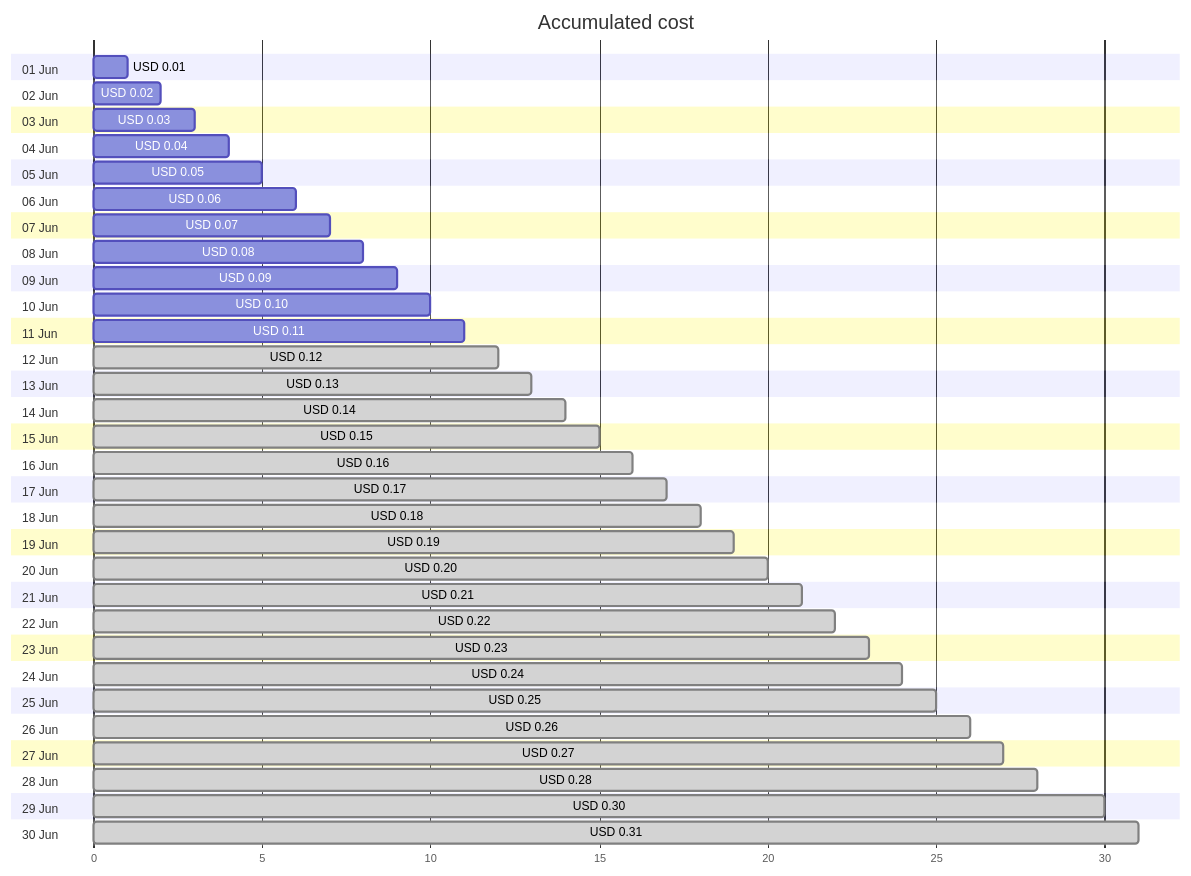
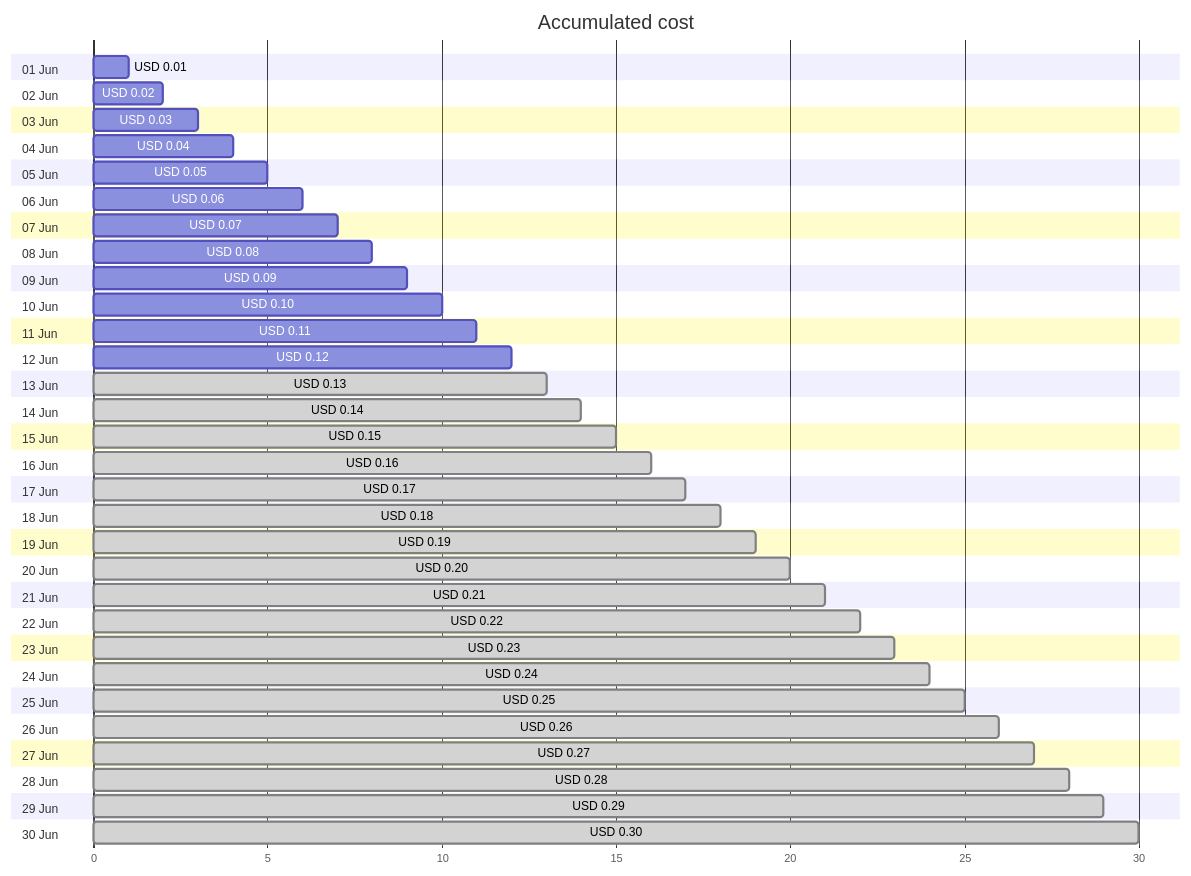
Before and after one commit to jpfulton/azure-personal-reports: the first of 4 diagrams in cost-reports/cloud-shell-storage-eastus/README.md, drawn with Mermaid. The commit also changed other lines of this file and 1 other file, not shown here.

````diff
--- a/cost-reports/cloud-shell-storage-eastus/README.md
+++ b/cost-reports/cloud-shell-storage-eastus/README.md
@@ -20,66 +20,66 @@
 ```mermaid
 gantt
    title Accumulated cost
    dateFormat  X
    axisFormat %s
    section 01 Jun
    USD 0.01 :0, 1
    section 02 Jun
    USD 0.02 :0, 2
    section 03 Jun
    USD 0.03 :0, 3
    section 04 Jun
    USD 0.04 :0, 4
    section 05 Jun
    USD 0.05 :0, 5
    section 06 Jun
    USD 0.06 :0, 6
    section 07 Jun
    USD 0.07 :0, 7
    section 08 Jun
    USD 0.08 :0, 8
    section 09 Jun
    USD 0.09 :0, 9
    section 10 Jun
    USD 0.10 :0, 10
    section 11 Jun
    USD 0.11 :0, 11
    section 12 Jun
-   USD 0.12 : done, 0, 12
+   USD 0.12 :0, 12
    section 13 Jun
    USD 0.13 : done, 0, 13
    section 14 Jun
    USD 0.14 : done, 0, 14
    section 15 Jun
    USD 0.15 : done, 0, 15
    section 16 Jun
    USD 0.16 : done, 0, 16
    section 17 Jun
    USD 0.17 : done, 0, 17
    section 18 Jun
    USD 0.18 : done, 0, 18
    section 19 Jun
    USD 0.19 : done, 0, 19
    section 20 Jun
    USD 0.20 : done, 0, 20
    section 21 Jun
    USD 0.21 : done, 0, 21
    section 22 Jun
    USD 0.22 : done, 0, 22
    section 23 Jun
    USD 0.23 : done, 0, 23
    section 24 Jun
    USD 0.24 : done, 0, 24
    section 25 Jun
    USD 0.25 : done, 0, 25
    section 26 Jun
    USD 0.26 : done, 0, 26
    section 27 Jun
    USD 0.27 : done, 0, 27
    section 28 Jun
    USD 0.28 : done, 0, 28
    section 29 Jun
+   USD 0.29 : done, 0, 29
+   section 30 Jun
    USD 0.30 : done, 0, 30
-   section 30 Jun
-   USD 0.31 : done, 0, 31
 ```
````
